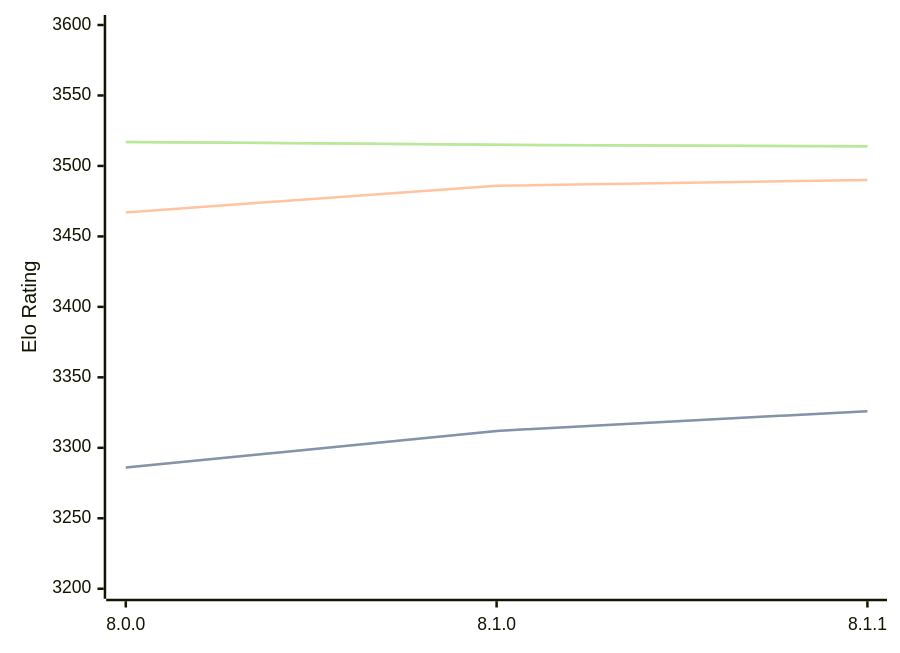
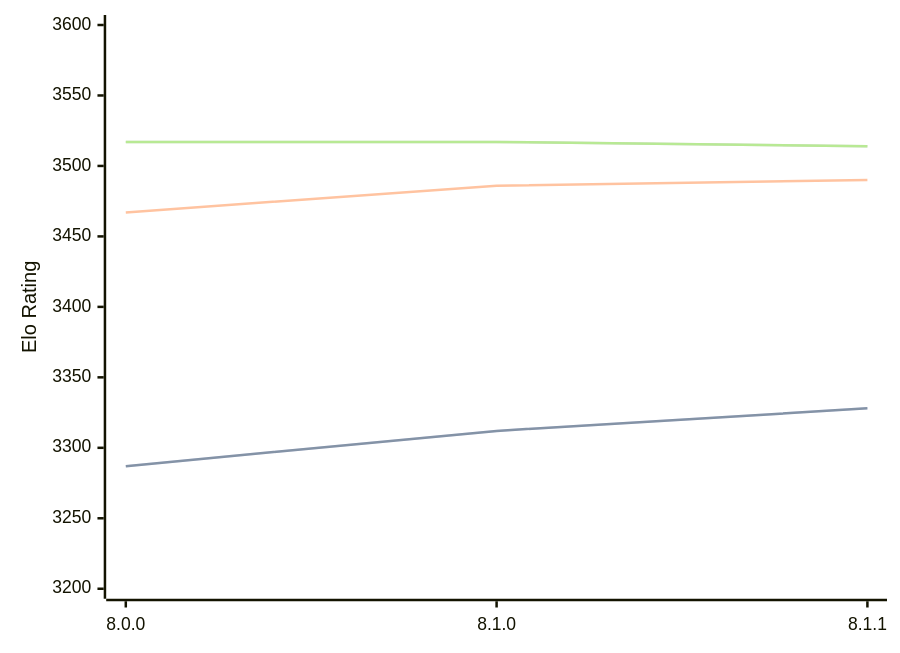
Before and after one commit to computer-chess-index/cci: the diagram in engines/Velvet.md, drawn with Mermaid. The commit also changed other lines of this file, not shown here.

Commit message:
Update CCI Ratings (ELO VLTC) - 2026-05-05

````diff
--- a/engines/Velvet.md
+++ b/engines/Velvet.md
@@ -57,11 +57,11 @@
 ```mermaid
 %%{init: {"theme":"base","themeVariables":{"seriesColors:['#a3a3a3','#222221','#faa371']}}}%%
 xychart-beta
   x-axis ["8.0.0", "8.1.0", "8.1.1"]
   y-axis "Elo Rating" 3200 --> 3600
-  line "STC (8.0+0.08s)" [3286, 3312, 3326]
-  line "STC (8.0+0.08s)" [3286, 3312, 3326]
+  line "STC (8.0+0.08s)" [3287, 3312, 3328]
+  line "STC (8.0+0.08s)" [3287, 3312, 3328]
   line "LTC (60.0+0.60s)" [3467, 3486, 3490]
-  line "VLTC (2m24s+1.12s)" [3517, 3515, 3514]
-  line "VLTC (2m24s+1.12s)" [3517, 3515, 3514]
+  line "VLTC (2m24s+1.12s)" [3517, 3517, 3514]
+  line "VLTC (2m24s+1.12s)" [3517, 3517, 3514]
 ```
````
